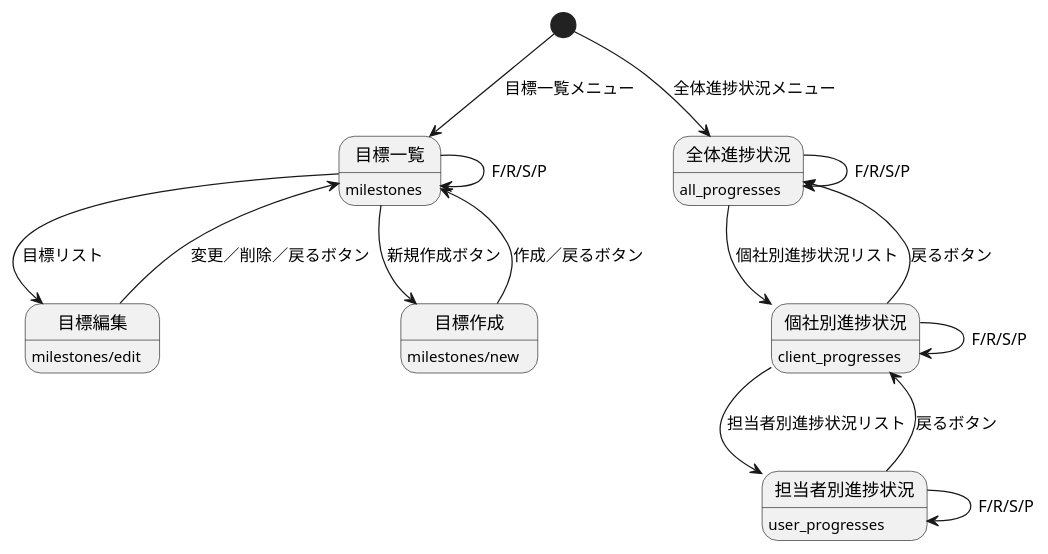
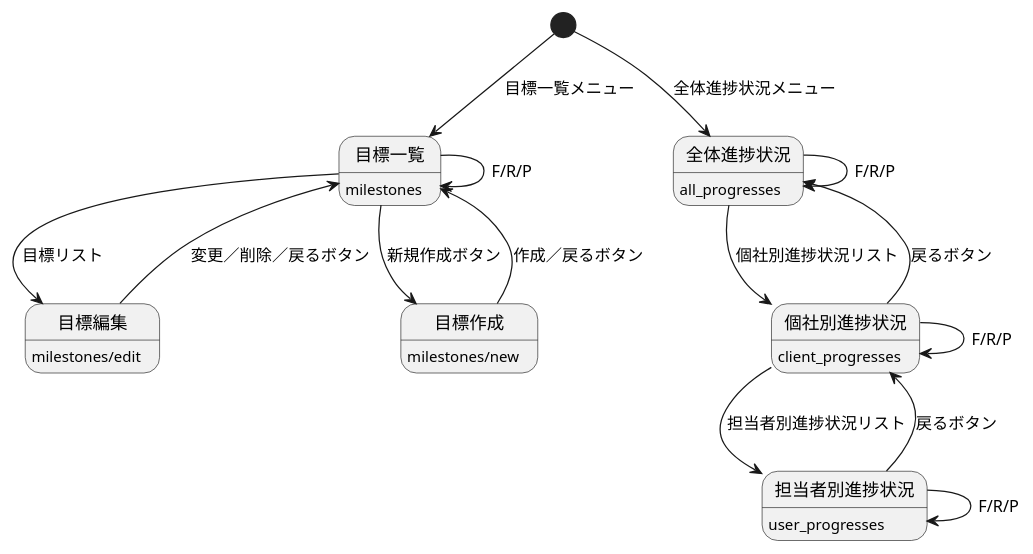
Before and after one commit to cedge1michi/tass_mock-frontend: the diagram in docs/milestones.pu, drawn with PlantUML. The commit also changed 26 other files, not shown here.

```diff
--- a/docs/milestones.pu
+++ b/docs/milestones.pu
@@ -1,31 +1,31 @@
 @startuml 目標管理
 [*]--> 目標一覧: 目標一覧メニュー
 
 目標一覧 --> 目標編集: 目標リスト
 目標編集 --> 目標一覧: 変更／削除／戻るボタン
 
 目標一覧 --> 目標作成: 新規作成ボタン
 目標作成 --> 目標一覧: 作成／戻るボタン
 
-目標一覧 --> 目標一覧: F/R/S/P
+目標一覧 --> 目標一覧: F/R/P
 
 目標一覧: milestones
 目標作成: milestones/new
 目標編集: milestones/edit
 
 [*] --> 全体進捗状況: 全体進捗状況メニュー
 
 全体進捗状況 --> 個社別進捗状況: 個社別進捗状況リスト
 個社別進捗状況 --> 全体進捗状況: 戻るボタン
 
 個社別進捗状況 --> 担当者別進捗状況: 担当者別進捗状況リスト
 担当者別進捗状況 --> 個社別進捗状況: 戻るボタン
 
-全体進捗状況 --> 全体進捗状況: F/R/S/P
-個社別進捗状況 --> 個社別進捗状況: F/R/S/P
-担当者別進捗状況 --> 担当者別進捗状況: F/R/S/P
+全体進捗状況 --> 全体進捗状況: F/R/P
+個社別進捗状況 --> 個社別進捗状況: F/R/P
+担当者別進捗状況 --> 担当者別進捗状況: F/R/P
 
 全体進捗状況: all_progresses
 個社別進捗状況: client_progresses
 担当者別進捗状況: user_progresses
 @enduml
```
